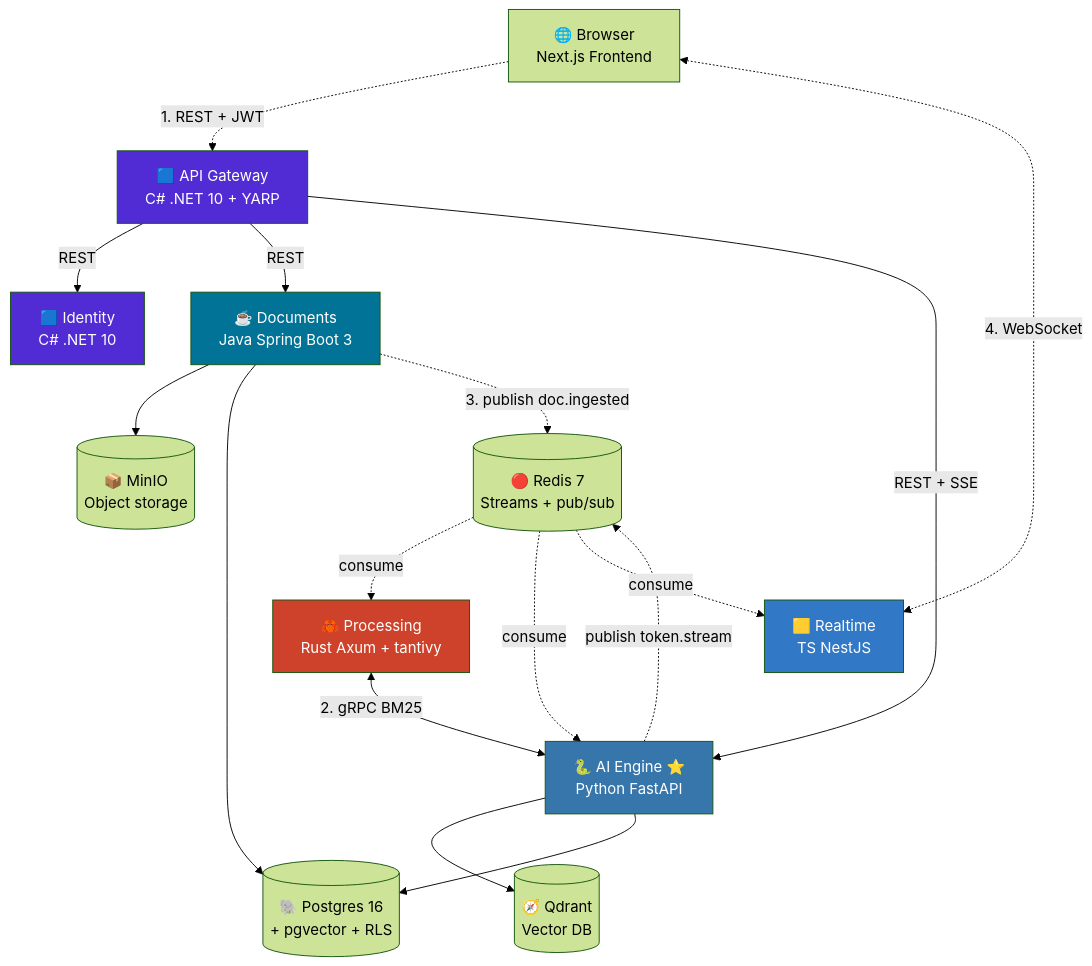
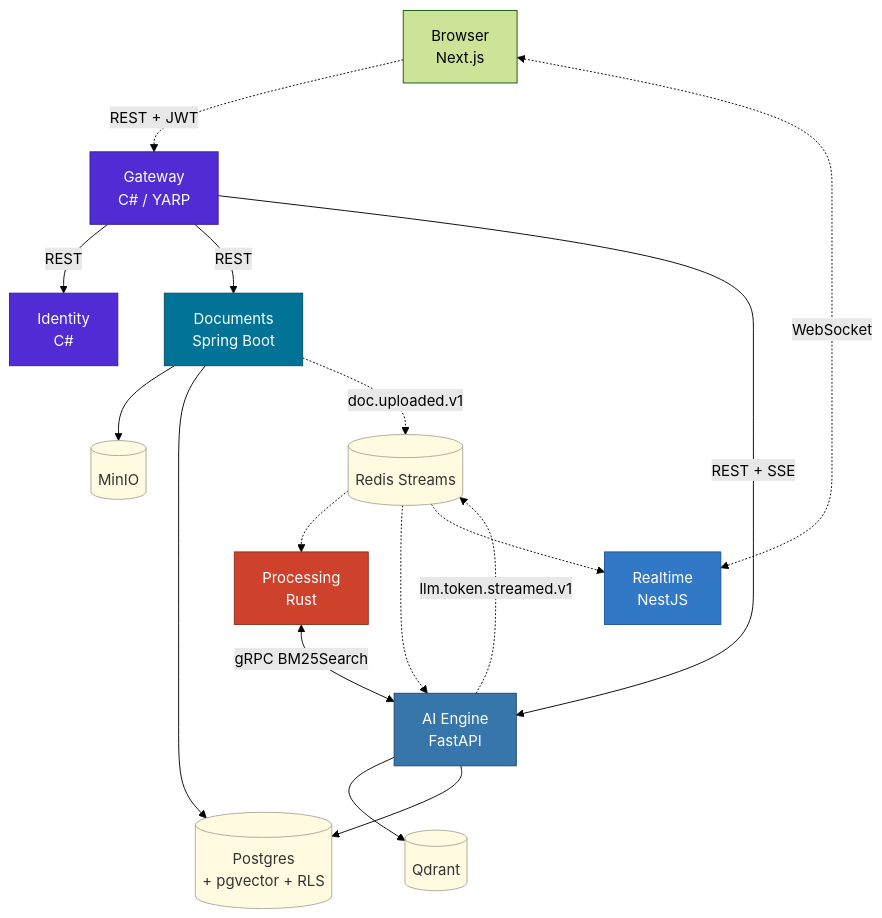
One commit to FurkanSay/enterprise-ai-assistant changed the diagram in README.md. Above: the diagram before and after it, drawn with Mermaid (forest theme). The commit also changed other lines of this file, not shown here.

````diff
--- a/README.md
+++ b/README.md
@@ -22,42 +55,44 @@
 ```mermaid
 graph TB
-    Browser["🌐 Browser<br/>Next.js Frontend"]
-    GW["🟦 API Gateway<br/>C# .NET 10 + YARP"]
-    ID["🟦 Identity<br/>C# .NET 10"]
-    DOC["☕ Documents<br/>Java Spring Boot 3"]
-    PROC["🦀 Processing<br/>Rust Axum + tantivy"]
-    AI["🐍 AI Engine ⭐<br/>Python FastAPI"]
-    RT["🟨 Realtime<br/>TS NestJS"]
+    Browser["Browser<br/>Next.js"]
+    GW["Gateway<br/>C# / YARP"]
+    ID["Identity<br/>C#"]
+    DOC["Documents<br/>Spring Boot"]
+    PROC["Processing<br/>Rust"]
+    AI["AI Engine<br/>FastAPI"]
+    RT["Realtime<br/>NestJS"]
 
-    PG[("🐘 Postgres 16<br/>+ pgvector + RLS")]
-    REDIS[("🔴 Redis 7<br/>Streams + pub/sub")]
-    MINIO[("📦 MinIO<br/>Object storage")]
-    QDRANT[("🧭 Qdrant<br/>Vector DB")]
+    PG[("Postgres<br/>+ pgvector + RLS")]
+    REDIS[("Redis Streams")]
+    MINIO[("MinIO")]
+    QDRANT[("Qdrant")]
 
-    Browser -.->|"1. REST + JWT"| GW
-    Browser <-.->|"4. WebSocket"| RT
+    Browser -.->|"REST + JWT"| GW
+    Browser <-.->|"WebSocket"| RT
     GW -->|REST| ID
     GW -->|REST| DOC
     GW -->|REST + SSE| AI
     DOC --> MINIO
     DOC --> PG
-    DOC -.->|"3. publish doc.ingested"| REDIS
-    REDIS -.->|consume| PROC
-    REDIS -.->|consume| AI
-    PROC <-->|"2. gRPC BM25"| AI
+    DOC -.->|"doc.uploaded.v1"| REDIS
+    REDIS -.-> PROC
+    REDIS -.-> AI
+    PROC <-->|"gRPC BM25Search"| AI
     AI --> QDRANT
     AI --> PG
-    AI -.->|"publish token.stream"| REDIS
-    REDIS -.->|consume| RT
+    AI -.->|"llm.token.streamed.v1"| REDIS
+    REDIS -.-> RT
 
-    classDef gw fill:#512BD4,color:#fff
-    classDef java fill:#007396,color:#fff
-    classDef rust fill:#CE422B,color:#fff
-    classDef py fill:#3776AB,color:#fff
-    classDef ts fill:#3178C6,color:#fff
-    class GW,ID gw
+    classDef cs fill:#512BD4,color:#fff,stroke:#3a1e98
+    classDef java fill:#007396,color:#fff,stroke:#004f63
+    classDef rust fill:#CE422B,color:#fff,stroke:#8e2e1d
+    classDef py fill:#3776AB,color:#fff,stroke:#234567
+    classDef ts fill:#3178C6,color:#fff,stroke:#1f5694
+    classDef data fill:#fffae0,color:#333,stroke:#aa9
+    class GW,ID cs
     class DOC java
     class PROC rust
     class AI py
     class RT ts
+    class PG,REDIS,MINIO,QDRANT data
 ```
````
